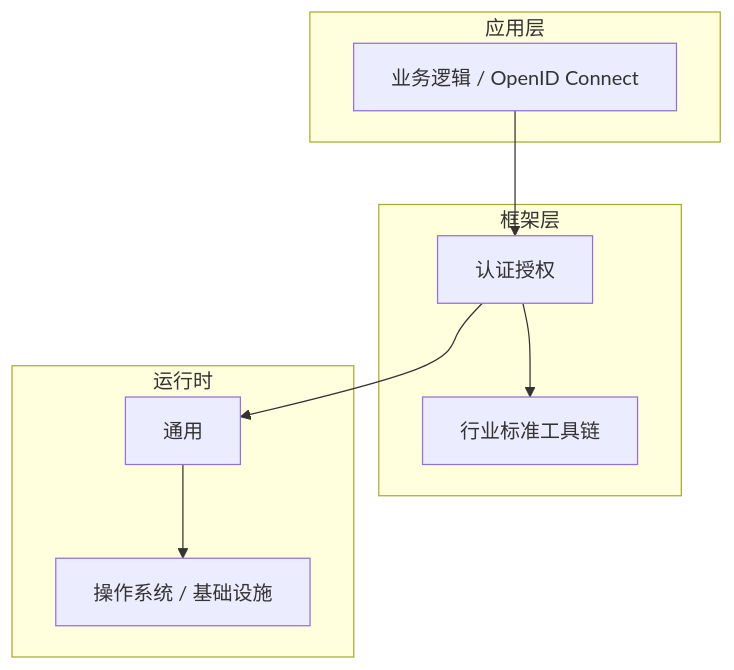
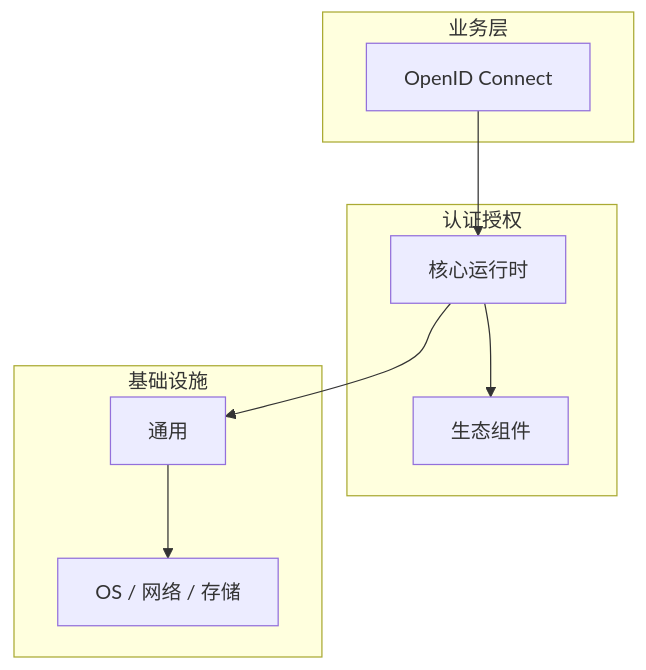
The diagram in articles/认证授权/chapters/031-OpenID-Connect核心概念与原理.md (yanggan2015/knowledge-json-v2), drawn with Mermaid before and after one commit. The commit also changed other lines of this file and 10127 other files, not shown here.

````diff
--- a/articles/认证授权/chapters/031-OpenID-Connect核心概念与原理.md
+++ b/articles/认证授权/chapters/031-OpenID-Connect核心概念与原理.md
@@ -45,18 +34,18 @@
 ```mermaid
 graph TB
-    subgraph 应用层
-        A[业务逻辑 / OpenID Connect]
+    subgraph 业务层
+        A[OpenID Connect]
     end
-    subgraph 框架层
-        B[认证授权]
-        C[行业标准工具链]
+    subgraph 认证授权
+        B[核心运行时]
+        C[生态组件]
     end
-    subgraph 运行时
+    subgraph 基础设施
         D[通用]
-        E[操作系统 / 基础设施]
+        E[OS / 网络 / 存储]
     end
     A --> B
     B --> C
     B --> D
     D --> E
 ```
````
